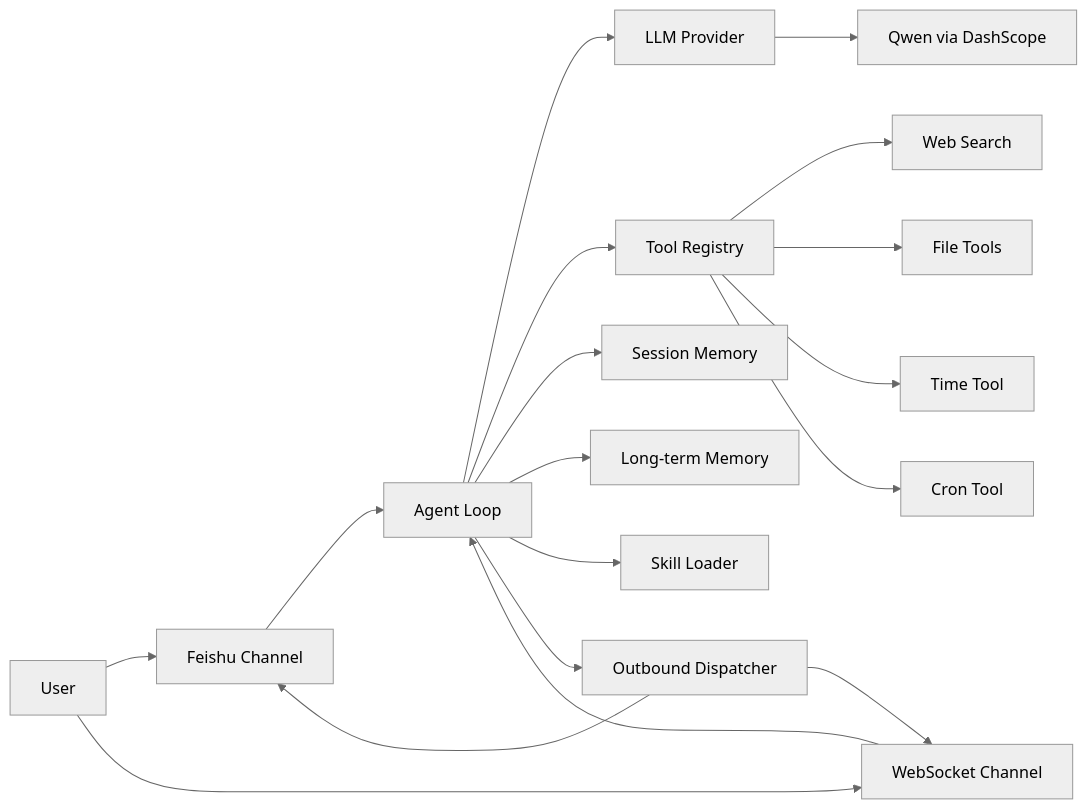
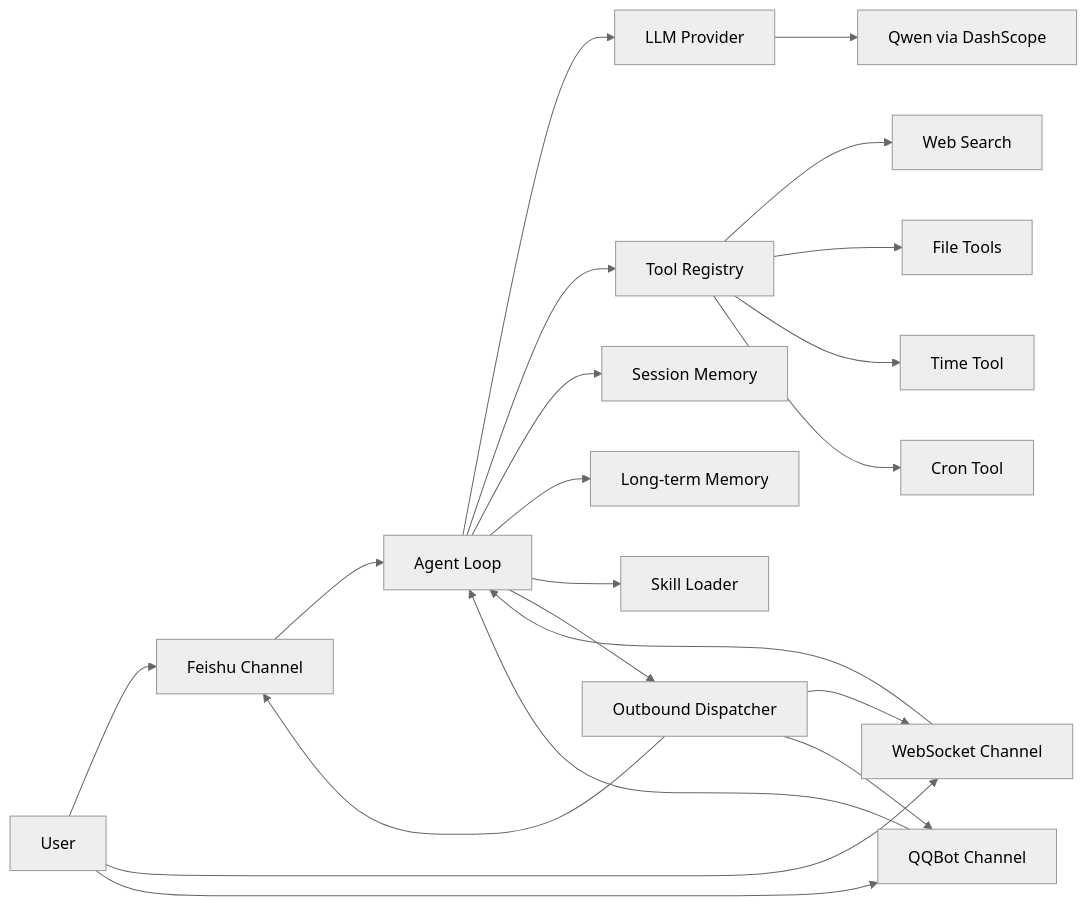
Before and after one commit to geekheart/EmbedClaw: the diagram in README.md, drawn with Mermaid (neutral theme). The commit also changed other lines of this file and 3 other files, not shown here.

````diff
--- a/README.md
+++ b/README.md
@@ -103,20 +103,23 @@
 ```mermaid
 flowchart LR
     U[User] --> F[Feishu Channel]
     U --> W[WebSocket Channel]
+    U --> Qc[QQBot Channel]
     F --> A[Agent Loop]
     W --> A
+    Qc --> A
     A --> L[LLM Provider]
     L --> Q[Qwen via DashScope]
     A --> T[Tool Registry]
     T --> S1[Web Search]
     T --> S2[File Tools]
     T --> S3[Time Tool]
     T --> S4[Cron Tool]
     A --> M1[Session Memory]
     A --> M2[Long-term Memory]
     A --> K[Skill Loader]
     A --> O[Outbound Dispatcher]
     O --> F
     O --> W
+    O --> Qc
 ```
````
